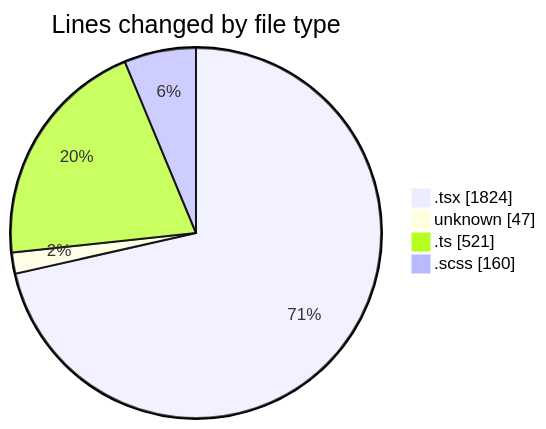
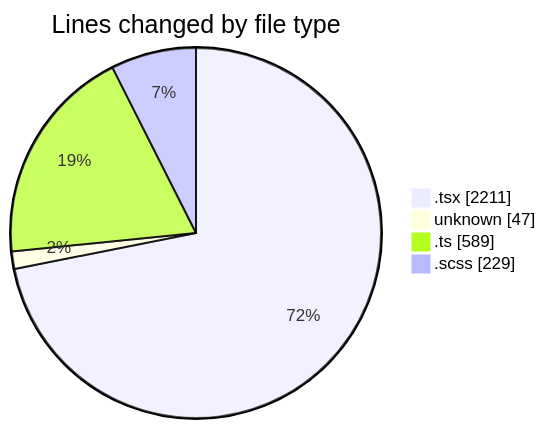
One commit to momahboobian/code-tracking changed the first of 2 diagrams in 2025-09-18/cda/README.md. Above: the diagram before and after it, drawn with Mermaid. The commit also changed other lines of this file and 1 other file, not shown here.

````diff
--- a/2025-09-18/cda/README.md
+++ b/2025-09-18/cda/README.md
@@ -25,8 +26,8 @@
 ```mermaid
 pie showData
 title Lines changed by file type
-".tsx" : 1824
+".tsx" : 2211
 "unknown" : 47
-".ts" : 521
-".scss" : 160
+".ts" : 589
+".scss" : 229
 ```
````
